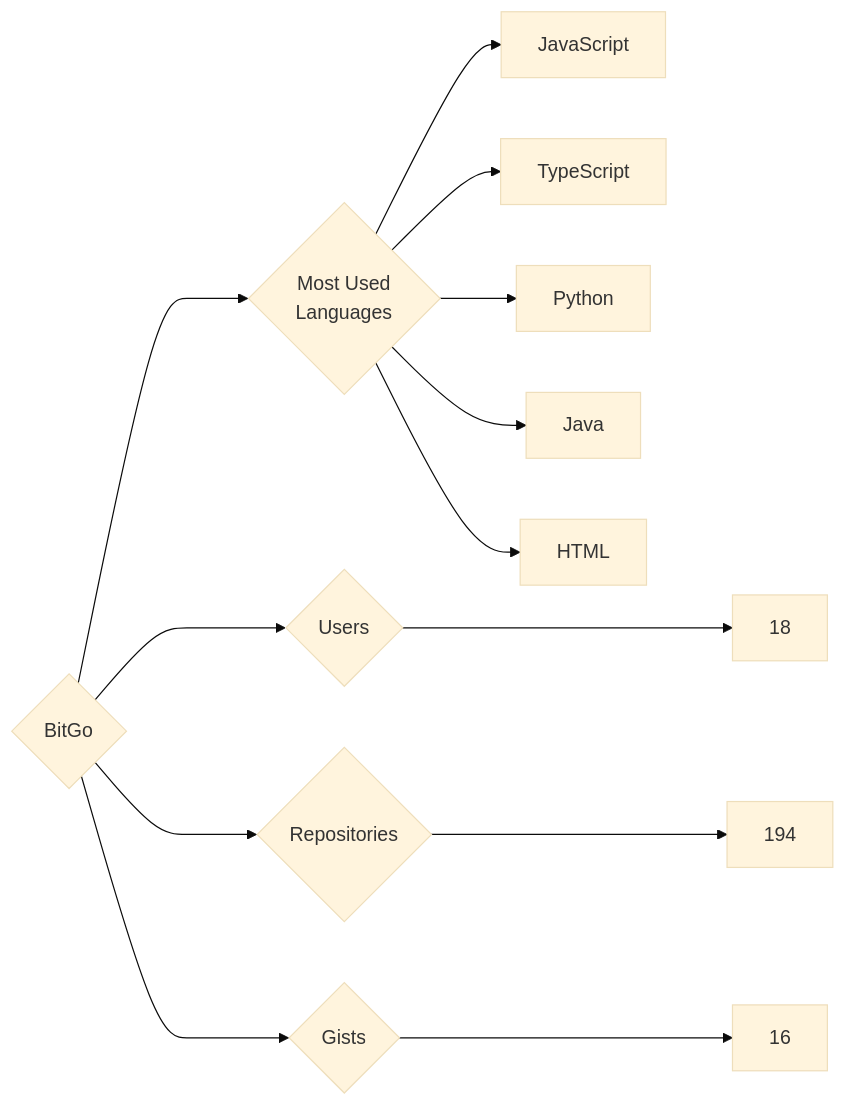
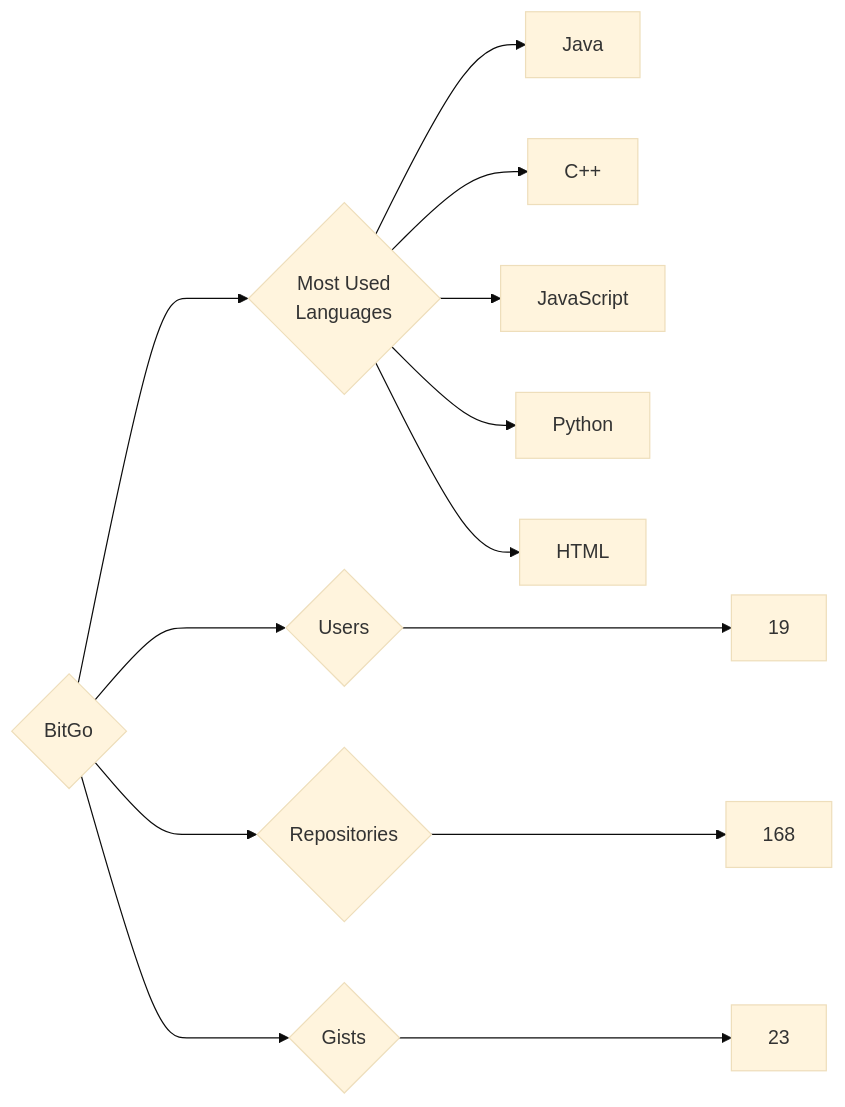
One commit to trickest/insiders changed the diagram in targets/BitGo/README.md. Above: the diagram before and after it, drawn with Mermaid (base theme). The commit also changed 823 other files, not shown here.

````diff
--- a/targets/BitGo/README.md
+++ b/targets/BitGo/README.md
@@ -3,13 +3,13 @@
 ```mermaid
 graph LR
 COMPANY_NAME{BitGo}
-COMPANY_NAME ---> U{Users} ---> UN[18]
-COMPANY_NAME ---> R{Repositories} ---> RN[194]
-COMPANY_NAME ---> G{Gists} ---> GN[16]
+COMPANY_NAME ---> U{Users} ---> UN[19]
+COMPANY_NAME ---> R{Repositories} ---> RN[168]
+COMPANY_NAME ---> G{Gists} ---> GN[23]
 COMPANY_NAME ---> ML{Most Used<br>Languages}
+ML --> Java[Java]
+ML --> C++[C++]
 ML --> JavaScript[JavaScript]
-ML --> TypeScript[TypeScript]
 ML --> Python[Python]
-ML --> Java[Java]
 ML --> HTML[HTML]
 ```
````
